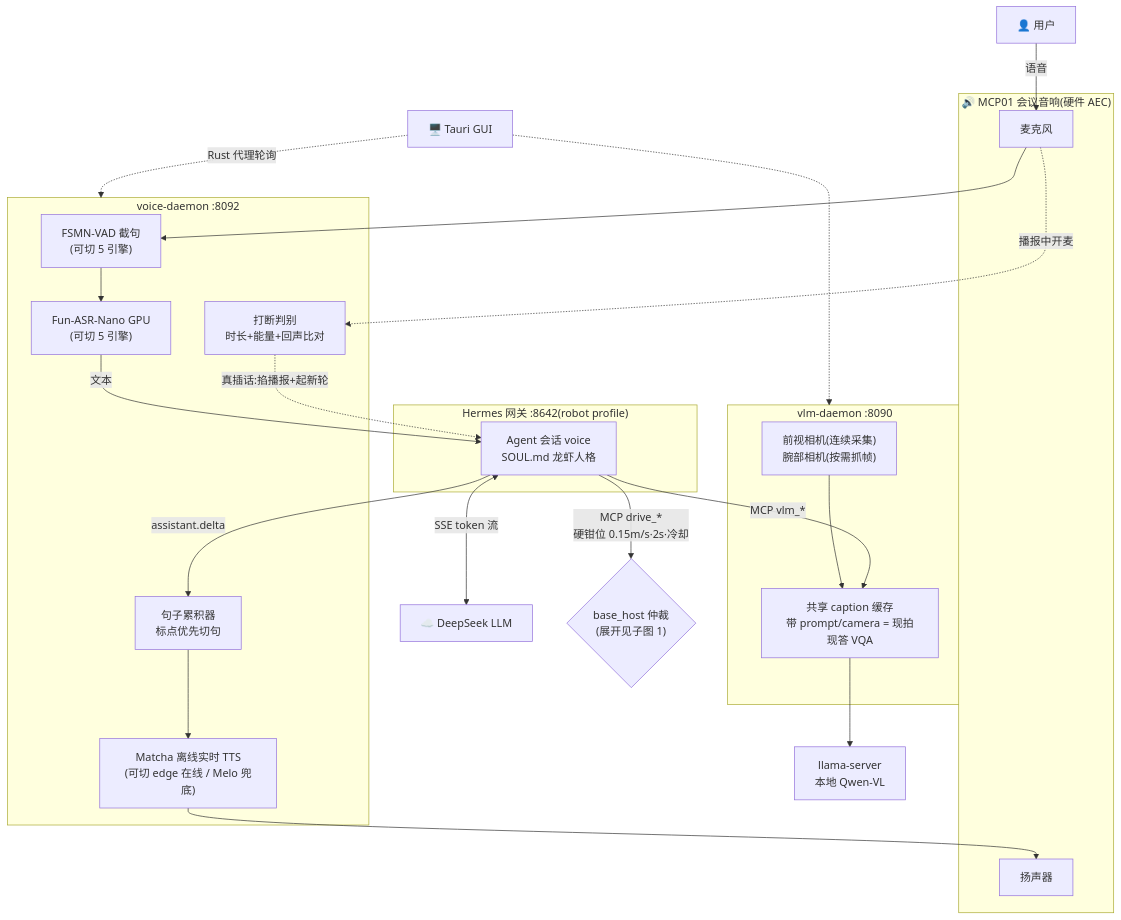
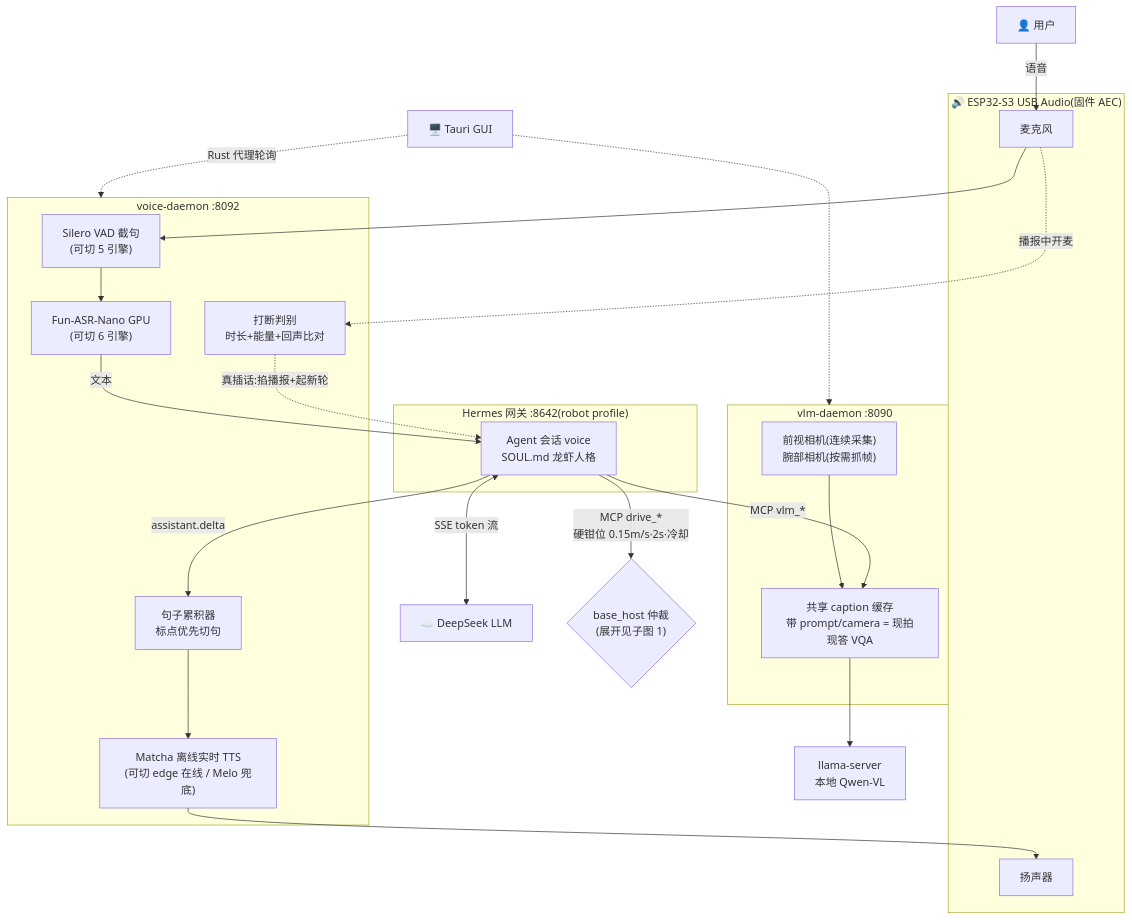
Before and after one commit to vitorcen/lekiwi-jetson-orin: the fourth of 4 diagrams in README.md, drawn with Mermaid. The commit also changed other lines of this file and 5 other files, not shown here.

````diff
--- a/README.md
+++ b/README.md
@@ -159,40 +169,40 @@
 ```mermaid
 flowchart TB
     U["👤 用户"]
 
-    subgraph mcp01["🔊 MCP01 会议音响(硬件 AEC)"]
+    subgraph uac["🔊 ESP32-S3 USB Audio(固件 AEC)"]
         MIC[麦克风]
         SPK[扬声器]
     end
 
     subgraph voice["voice-daemon :8092"]
-        VAD["FSMN-VAD 截句<br/>(可切 5 引擎)"] --> ASR["Fun-ASR-Nano GPU<br/>(可切 5 引擎)"]
+        VAD["Silero VAD 截句<br/>(可切 5 引擎)"] --> ASR["Fun-ASR-Nano GPU<br/>(可切 6 引擎)"]
         ACC[句子累积器<br/>标点优先切句] --> TTS["Matcha 离线实时 TTS<br/>(可切 edge 在线 / Melo 兜底)"]
         BARGE[打断判别<br/>时长+能量+回声比对]
     end
 
     subgraph hermes["Hermes 网关 :8642(robot profile)"]
         AGENT[Agent 会话 voice<br/>SOUL.md 龙虾人格]
     end
     LLM[☁️ DeepSeek LLM]
 
     subgraph vision["vlm-daemon :8090"]
         CAM["前视相机(连续采集)<br/>腕部相机(按需抓帧)"] --> VQA[共享 caption 缓存<br/>带 prompt/camera = 现拍现答 VQA]
     end
     LLAMA[llama-server<br/>本地 Qwen-VL]
 
     BH{"base_host 仲裁<br/>(展开见子图 1)"}
 
     U -->|语音| MIC --> VAD
     ASR -->|文本| AGENT
     AGENT <-->|SSE token 流| LLM
     AGENT -->|MCP vlm_*| VQA
     VQA --> LLAMA
     AGENT -->|MCP drive_*<br/>硬钳位 0.15m/s·2s·冷却| BH
     AGENT -->|assistant.delta| ACC
     TTS --> SPK
     MIC -.->|播报中开麦| BARGE -.->|真插话:掐播报+起新轮| AGENT
 
     GUI[🖥️ Tauri GUI] -.->|Rust 代理轮询| voice
     GUI -.-> vision
 ```
````
